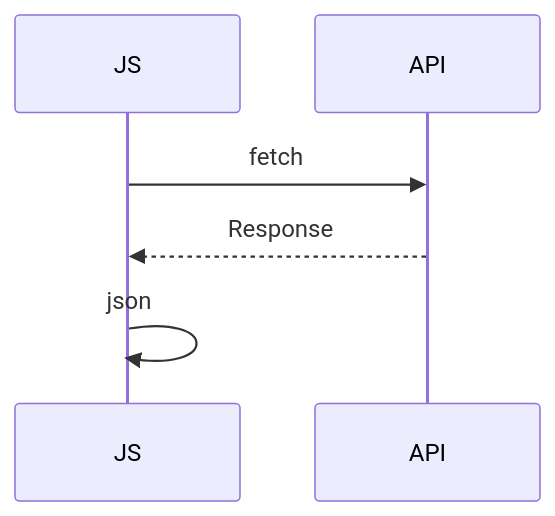
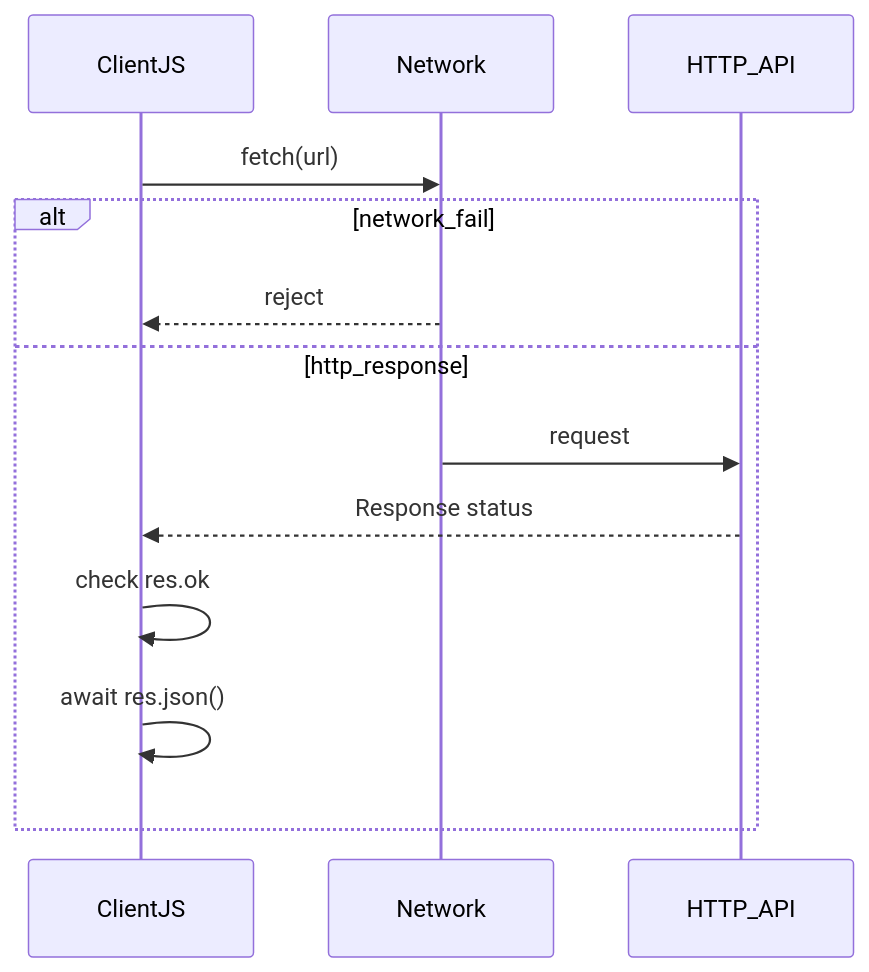
Before and after one commit to AlexanderNY/cursor_test: the diagram in nine-to-eighteen/ui/src/data/learn/js/js03-async-fetch.md, drawn with Mermaid. The commit also changed other lines of this file and 3060 other files, not shown here.

````diff
--- a/nine-to-eighteen/ui/src/data/learn/js/js03-async-fetch.md
+++ b/nine-to-eighteen/ui/src/data/learn/js/js03-async-fetch.md
@@ -58,6 +120,15 @@
 ```mermaid
 sequenceDiagram
-  JS->>API: fetch
-  API-->>JS: Response
-  JS->>JS: json
+  participant JS as ClientJS
+  participant Net as Network
+  participant API as HTTP_API
+  JS->>Net: fetch(url)
+  alt network_fail
+    Net-->>JS: reject
+  else http_response
+    Net->>API: request
+    API-->>JS: Response status
+    JS->>JS: check res.ok
+    JS->>JS: await res.json()
+  end
 ```
````
